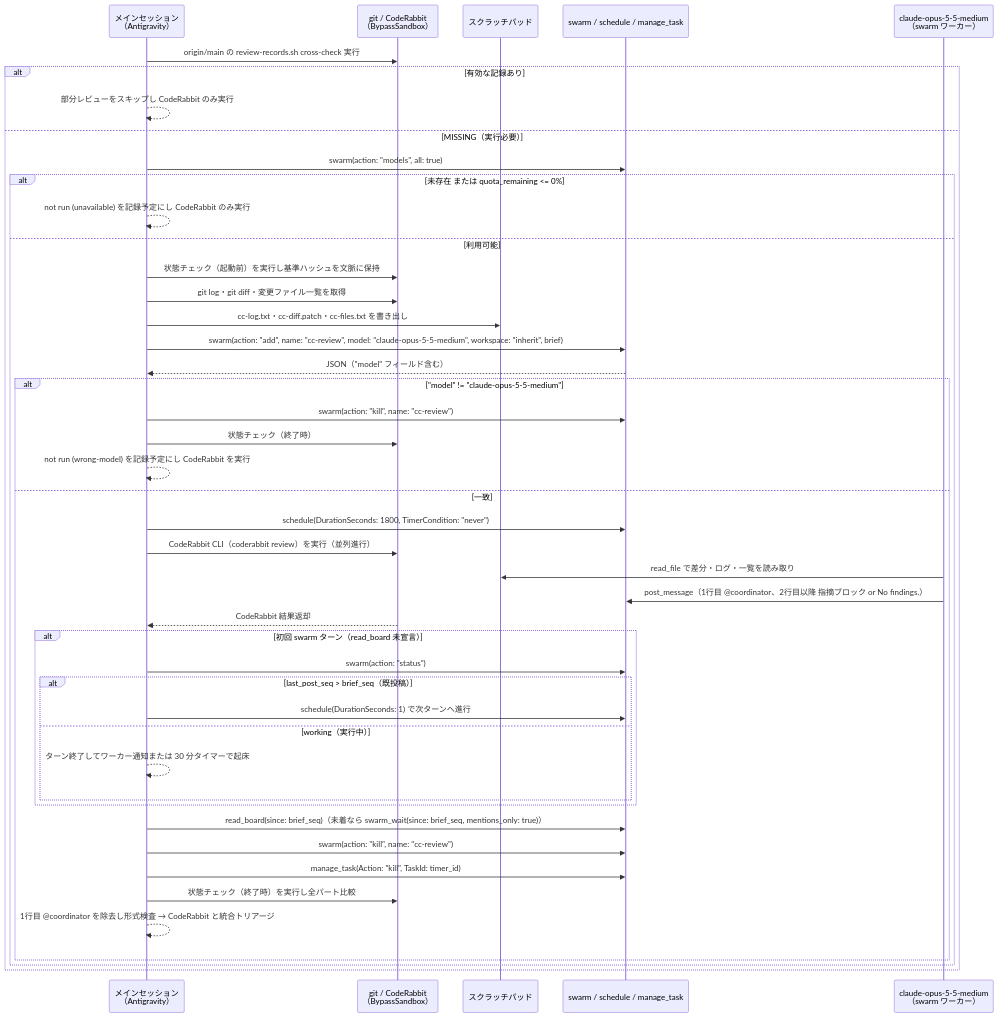
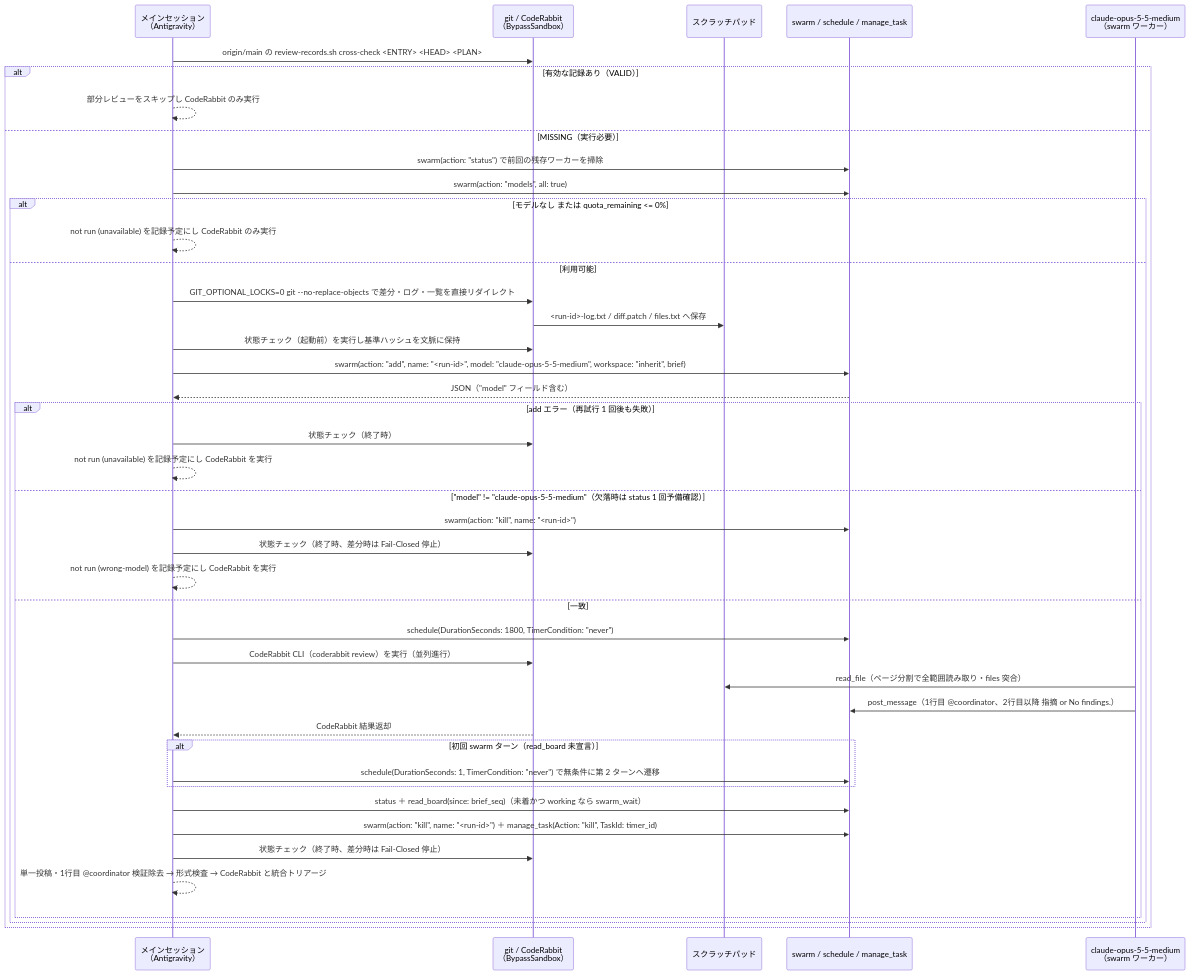
Before and after one commit to isseis/yt2column: the sixth of 7 diagrams in docs/tasks/0120_harness_independent_commands/02_architecture.md, drawn with Mermaid. The commit also changed other lines of this file and 2 other files, not shown here.

Commit message:
docs(0120): address panel review and japrose findings

````diff
--- a/docs/tasks/0120_harness_independent_commands/02_architecture.md
+++ b/docs/tasks/0120_harness_independent_commands/02_architecture.md
@@ -603,48 +653,46 @@
 ```mermaid
 sequenceDiagram
     participant Main as メインセッション<br>（Antigravity）
     participant Git as git / CodeRabbit<br>（BypassSandbox）
     participant Scratch as スクラッチパッド
     participant Swarm as swarm / schedule / manage_task
     participant Worker as claude-opus-5-5-medium<br>（swarm ワーカー）
 
-    Main->>Git: origin/main の review-records.sh cross-check 実行
-    alt 有効な記録あり
+    Main->>Git: origin/main の review-records.sh cross-check <ENTRY> <HEAD> <PLAN>
+    alt 有効な記録あり（VALID）
         Main-->>Main: 部分レビューをスキップし CodeRabbit のみ実行
     else MISSING（実行必要）
+        Main->>Swarm: swarm(action: "status") で前回の残存ワーカーを掃除
         Main->>Swarm: swarm(action: "models", all: true)
-        alt 未存在 または quota_remaining <= 0%
+        alt モデルなし または quota_remaining <= 0%
             Main-->>Main: not run (unavailable) を記録予定にし CodeRabbit のみ実行
         else 利用可能
+            Main->>Git: GIT_OPTIONAL_LOCKS=0 git --no-replace-objects で差分・ログ・一覧を直接リダイレクト
+            Git->>Scratch: <run-id>-log.txt / diff.patch / files.txt へ保存
             Main->>Git: 状態チェック（起動前）を実行し基準ハッシュを文脈に保持
-            Main->>Git: git log・git diff・変更ファイル一覧を取得
-            Main->>Scratch: cc-log.txt・cc-diff.patch・cc-files.txt を書き出し
-            Main->>Swarm: swarm(action: "add", name: "cc-review", model: "claude-opus-5-5-medium", workspace: "inherit", brief)
+            Main->>Swarm: swarm(action: "add", name: "<run-id>", model: "claude-opus-5-5-medium", workspace: "inherit", brief)
             Swarm-->>Main: JSON（"model" フィールド含む）
-            alt "model" != "claude-opus-5-5-medium"
-                Main->>Swarm: swarm(action: "kill", name: "cc-review")
+            alt add エラー（再試行 1 回後も失敗）
                 Main->>Git: 状態チェック（終了時）
+                Main-->>Main: not run (unavailable) を記録予定にし CodeRabbit を実行
+            else "model" != "claude-opus-5-5-medium"（欠落時は status 1 回予備確認）
+                Main->>Swarm: swarm(action: "kill", name: "<run-id>")
+                Main->>Git: 状態チェック（終了時、差分時は Fail-Closed 停止）
                 Main-->>Main: not run (wrong-model) を記録予定にし CodeRabbit を実行
             else 一致
                 Main->>Swarm: schedule(DurationSeconds: 1800, TimerCondition: "never")
                 Main->>Git: CodeRabbit CLI（coderabbit review）を実行（並列進行）
-                Worker->>Scratch: read_file で差分・ログ・一覧を読み取り
-                Worker->>Swarm: post_message（1行目 @coordinator、2行目以降 指摘ブロック or No findings.）
+                Worker->>Scratch: read_file（ページ分割で全範囲読み取り・files 突合）
+                Worker->>Swarm: post_message（1行目 @coordinator、2行目以降 指摘 or No findings.）
                 Git-->>Main: CodeRabbit 結果返却
                 alt 初回 swarm ターン（read_board 未宣言）
-                    Main->>Swarm: swarm(action: "status")
-                    alt last_post_seq > brief_seq（既投稿）
-                        Main->>Swarm: schedule(DurationSeconds: 1) で次ターンへ進行
-                    else working（実行中）
-                        Main-->>Main: ターン終了してワーカー通知または 30 分タイマーで起床
-                    end
+                    Main->>Swarm: schedule(DurationSeconds: 1, TimerCondition: "never") で無条件に第 2 ターンへ遷移
                 end
-                Main->>Swarm: read_board(since: brief_seq)（未着なら swarm_wait(since: brief_seq, mentions_only: true)）
-                Main->>Swarm: swarm(action: "kill", name: "cc-review")
-                Main->>Swarm: manage_task(Action: "kill", TaskId: timer_id)
-                Main->>Git: 状態チェック（終了時）を実行し全パート比較
-                Main-->>Main: 1行目 @coordinator を除去し形式検査 → CodeRabbit と統合トリアージ
+                Main->>Swarm: status ＋ read_board(since: brief_seq)（未着かつ working なら swarm_wait）
+                Main->>Swarm: swarm(action: "kill", name: "<run-id>") ＋ manage_task(Action: "kill", TaskId: timer_id)
+                Main->>Git: 状態チェック（終了時、差分時は Fail-Closed 停止）
+                Main-->>Main: 単一投稿・1行目 @coordinator 検証除去 → 形式検査 → CodeRabbit と統合トリアージ
             end
         end
     end
 ```
````
